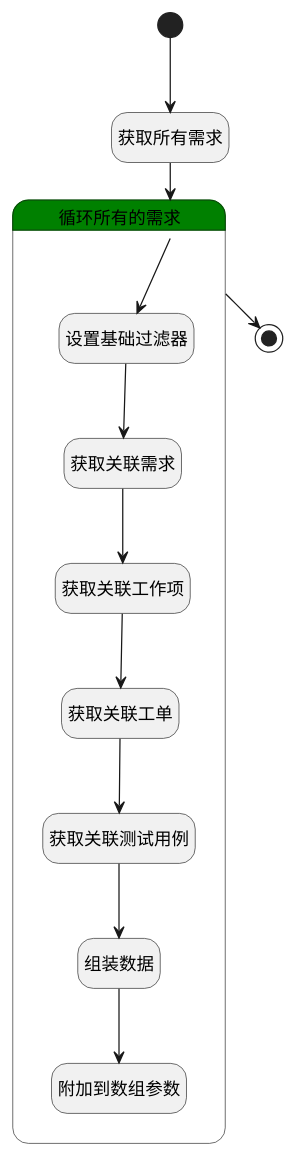
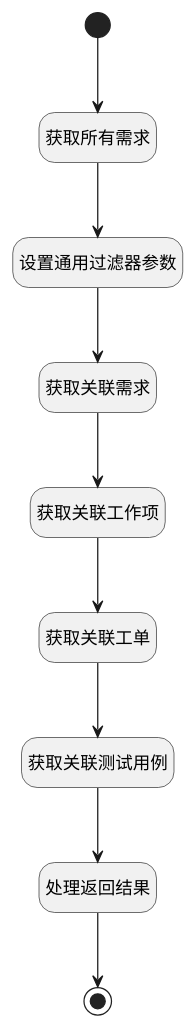
One commit to iBizLab/plm changed the diagram in doc/docsify/module/ProdMgmt/idea/logic/plan_track_data.md. Above: the diagram before and after it, drawn with PlantUML. The commit also changed other lines of this file and 686 other files, not shown here.

````diff
--- a/doc/docsify/module/ProdMgmt/idea/logic/plan_track_data.md
+++ b/doc/docsify/module/ProdMgmt/idea/logic/plan_track_data.md
@@ -7,38 +7,33 @@
 ```plantuml
 @startuml
 hide empty description
 <style>
 root {
   HyperlinkColor #42b983
 }
 </style>
 
 hide empty description
 state "开始" as Begin <<start>> [[$./plan_track_data#begin {"开始"}]]
 state "获取所有需求" as DEDATASET1  [[$./plan_track_data#dedataset1 {"获取所有需求"}]]
-state "结束" as END1 <<end>> [[$./plan_track_data#end1 {"结束"}]]
-state "循环所有的需求" as LOOPSUBCALL1  [[$./plan_track_data#loopsubcall1 {"循环所有的需求"}]] #green {
-state "设置基础过滤器" as PREPAREPARAM2  [[$./plan_track_data#prepareparam2 {"设置基础过滤器"}]]
+state "设置通用过滤器参数" as RAWSFCODE1  [[$./plan_track_data#rawsfcode1 {"设置通用过滤器参数"}]]
 state "获取关联需求" as DEDATASET2  [[$./plan_track_data#dedataset2 {"获取关联需求"}]]
 state "获取关联工作项" as DEDATASET3  [[$./plan_track_data#dedataset3 {"获取关联工作项"}]]
 state "获取关联工单" as DEDATASET4  [[$./plan_track_data#dedataset4 {"获取关联工单"}]]
 state "获取关联测试用例" as DEDATASET5  [[$./plan_track_data#dedataset5 {"获取关联测试用例"}]]
-state "组装数据" as PREPAREPARAM1  [[$./plan_track_data#prepareparam1 {"组装数据"}]]
-state "附加到数组参数" as APPENDPARAM1  [[$./plan_track_data#appendparam1 {"附加到数组参数"}]]
-}
+state "处理返回结果" as RAWSFCODE2  [[$./plan_track_data#rawsfcode2 {"处理返回结果"}]]
+state "结束" as END <<end>> [[$./plan_track_data#end {"结束"}]]
 
 
 Begin --> DEDATASET1
-DEDATASET1 --> LOOPSUBCALL1
-LOOPSUBCALL1 --> PREPAREPARAM2
-PREPAREPARAM2 --> DEDATASET2
+DEDATASET1 --> RAWSFCODE1
+RAWSFCODE1 --> DEDATASET2
 DEDATASET2 --> DEDATASET3
 DEDATASET3 --> DEDATASET4
 DEDATASET4 --> DEDATASET5
-DEDATASET5 --> PREPAREPARAM1
-PREPAREPARAM1 --> APPENDPARAM1
-LOOPSUBCALL1 --> END1
+DEDATASET5 --> RAWSFCODE2
+RAWSFCODE2 --> END
 
 
 @enduml
 ```
````
